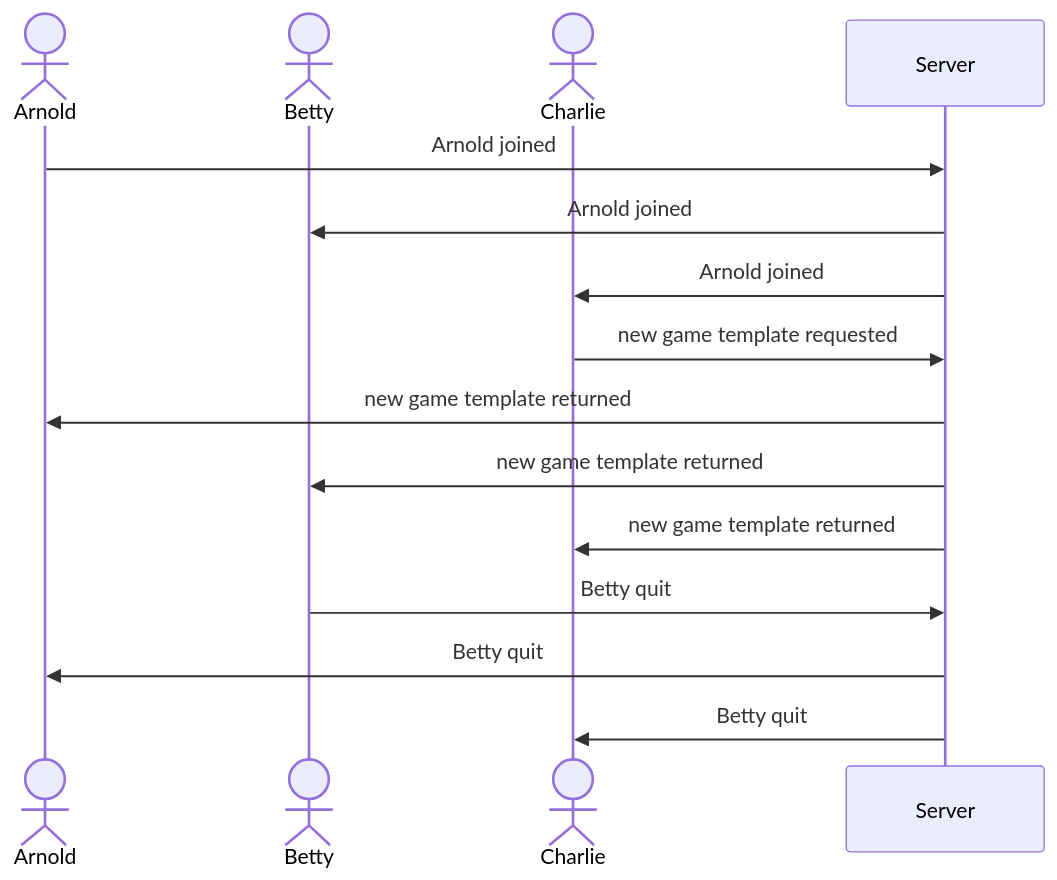
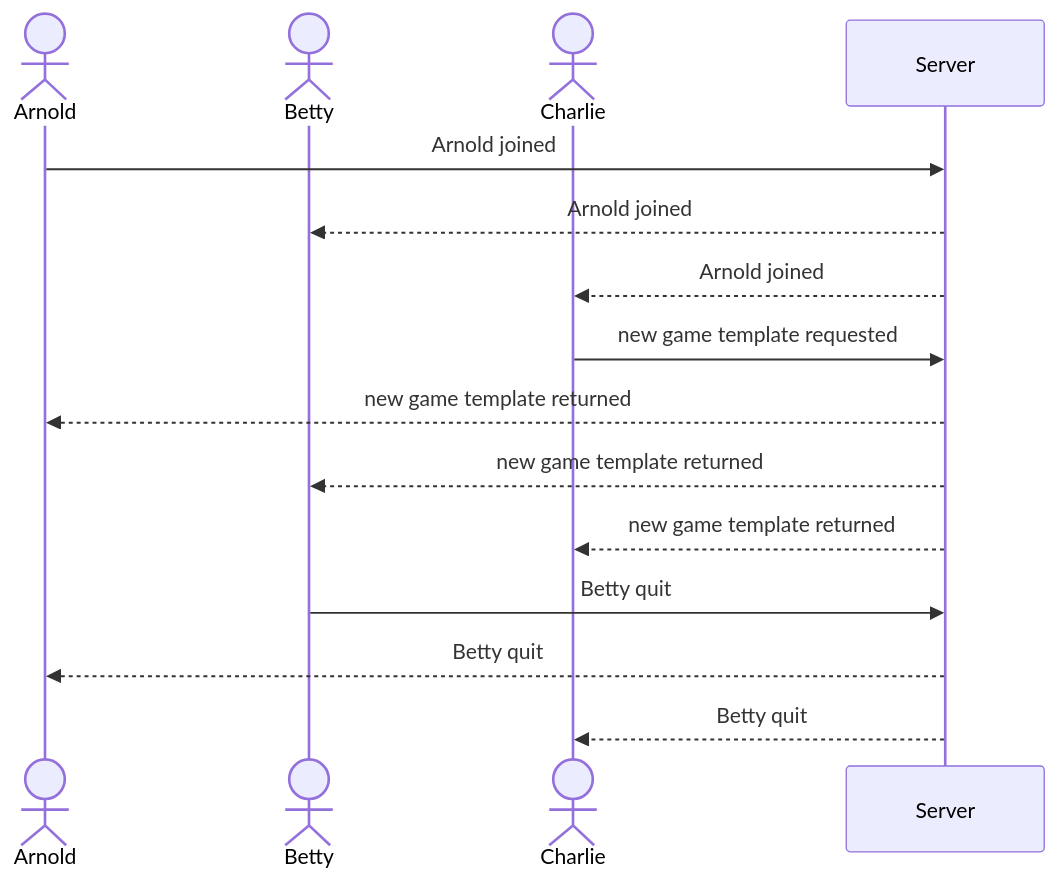
One commit to ruthathomas/startup changed the diagram in README.md. Above: the diagram before and after it, drawn with Mermaid. The commit also changed other lines of this file, not shown here.

````diff
--- a/README.md
+++ b/README.md
@@ -38,16 +38,16 @@
 ```mermaid
 sequenceDiagram
     actor Arnold
     actor Betty
     actor Charlie
     Arnold->>Server: Arnold joined
-    Server->>Betty: Arnold joined
-    Server->>Charlie: Arnold joined
+    Server -->>Betty: Arnold joined
+    Server -->>Charlie: Arnold joined
     Charlie->>Server: new game template requested
-    Server->>Arnold: new game template returned
-    Server->>Betty: new game template returned
-    Server->>Charlie: new game template returned
+    Server -->>Arnold: new game template returned
+    Server -->>Betty: new game template returned
+    Server -->>Charlie: new game template returned
     Betty->>Server: Betty quit
-    Server->>Arnold: Betty quit
-    Server->>Charlie: Betty quit
+    Server -->>Arnold: Betty quit
+    Server -->>Charlie: Betty quit
 ```
````
